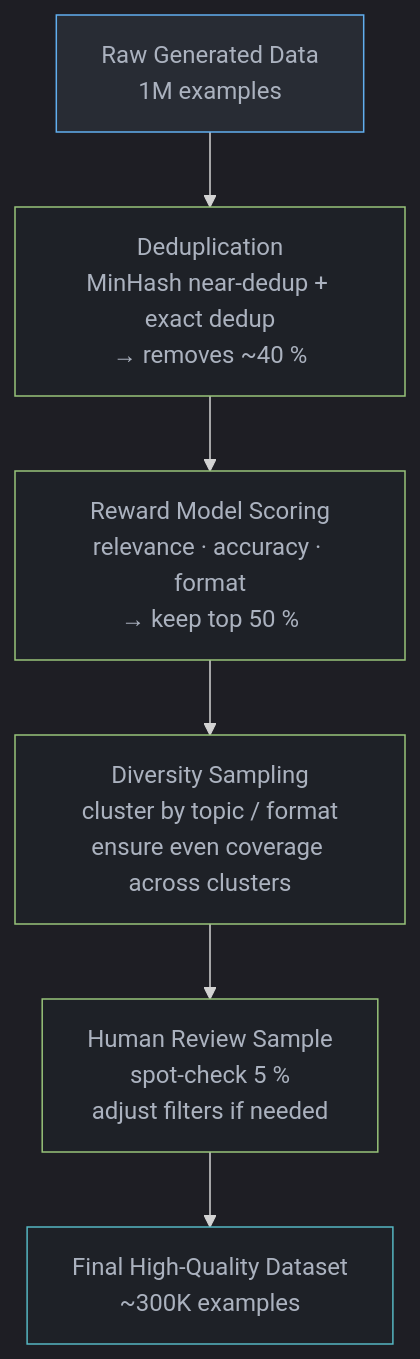
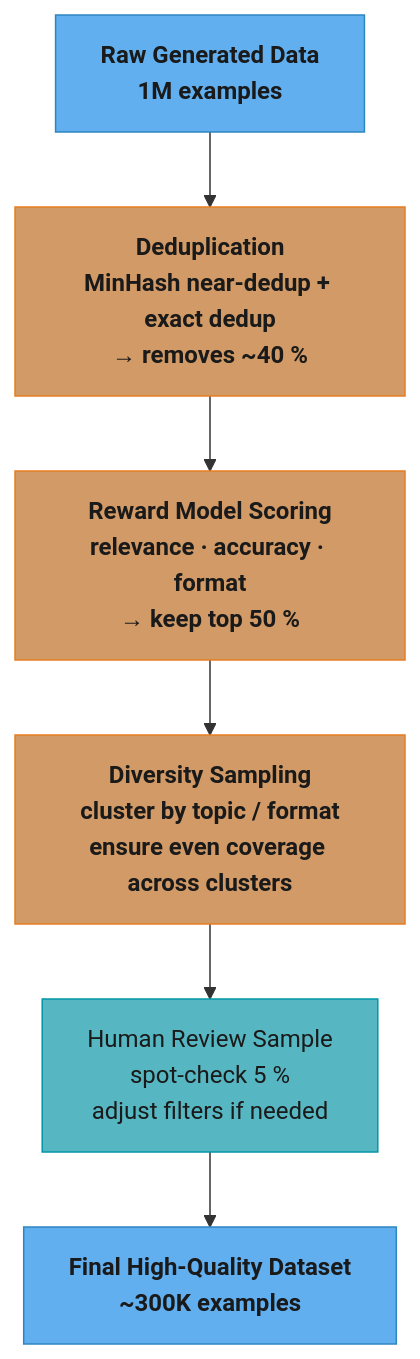
The second of 2 diagrams in src/main/java/com/rutik/systemdesign/llm/synthetic_data_generation/README.md (rppol/system-design), drawn with Mermaid before and after one commit. The commit also changed other lines of this file and 88 other files, not shown here.

````diff
--- a/src/main/java/com/rutik/systemdesign/llm/synthetic_data_generation/README.md
+++ b/src/main/java/com/rutik/systemdesign/llm/synthetic_data_generation/README.md
@@ -246,20 +246,23 @@
 ```mermaid
-%%{init: {'flowchart': {'curve': 'basis'}, 'theme': 'dark'}}%%
 flowchart TD
-    classDef io    fill:#282c34,stroke:#61afef,color:#abb2bf
-    classDef proc  fill:#1e2127,stroke:#98c379,color:#abb2bf
-    classDef store fill:#1e2127,stroke:#56b6c2,color:#abb2bf
+    classDef io      fill:#61afef,stroke:#2e86c1,color:#1a1a1a,font-weight:bold
+    classDef frozen  fill:#c678dd,stroke:#9b59b6,color:#fff
+    classDef train   fill:#98c379,stroke:#27ae60,color:#1a1a1a
+    classDef mathOp  fill:#d19a66,stroke:#e67e22,color:#1a1a1a,font-weight:bold
+    classDef lossN   fill:#e06c75,stroke:#c0392b,color:#fff,font-weight:bold
+    classDef req     fill:#56b6c2,stroke:#0097a7,color:#1a1a1a
+    classDef base    fill:#e5c07b,stroke:#f39c12,color:#1a1a1a
 
     RAW["Raw Generated Data\n1M examples"]
     DEDUP["Deduplication\nMinHash near-dedup + exact dedup\n→ removes ~40 %"]
     SCORE["Reward Model Scoring\nrelevance · accuracy · format\n→ keep top 50 %"]
     DIV["Diversity Sampling\ncluster by topic / format\nensure even coverage across clusters"]
     HUMAN["Human Review Sample\nspot-check 5 %\nadjust filters if needed"]
     FINAL["Final High-Quality Dataset\n~300K examples"]
 
     RAW --> DEDUP --> SCORE --> DIV --> HUMAN --> FINAL
 
-    class RAW io
-    class DEDUP,SCORE,DIV,HUMAN proc
-    class FINAL store
+    class RAW,FINAL io
+    class DEDUP,SCORE,DIV mathOp
+    class HUMAN req
 ```
````
